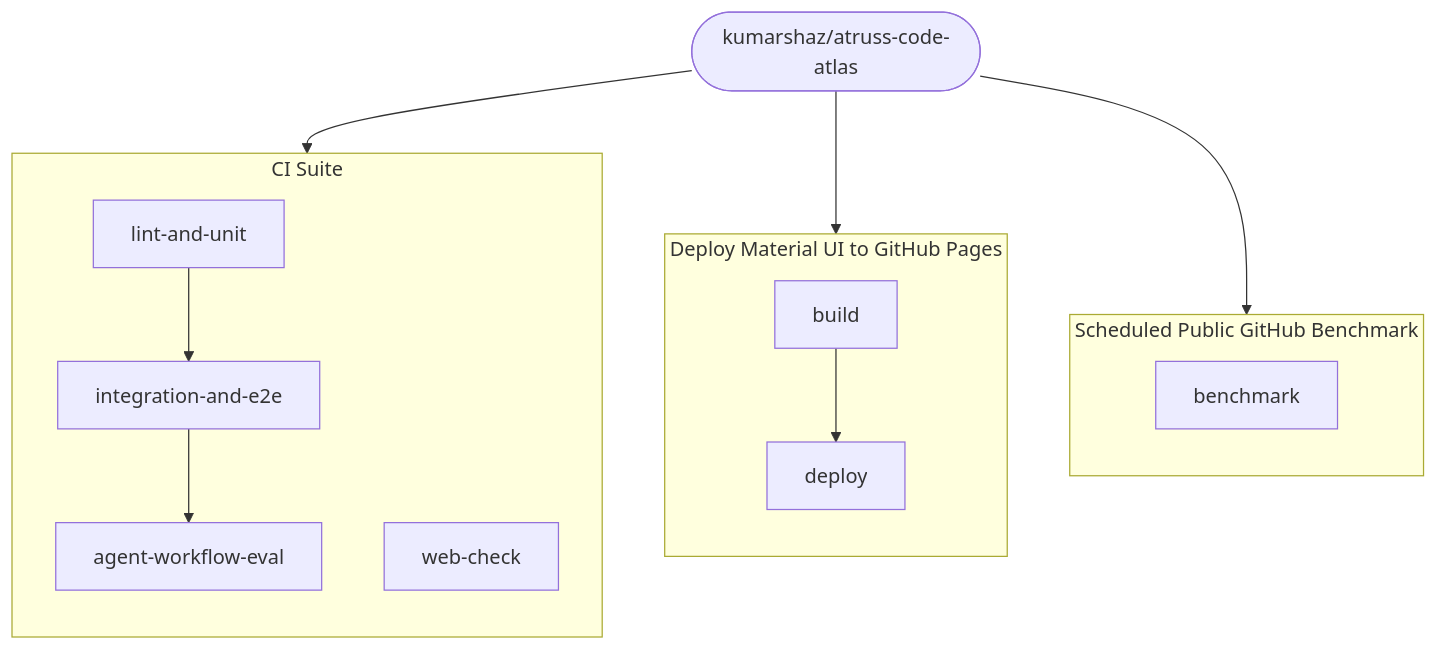
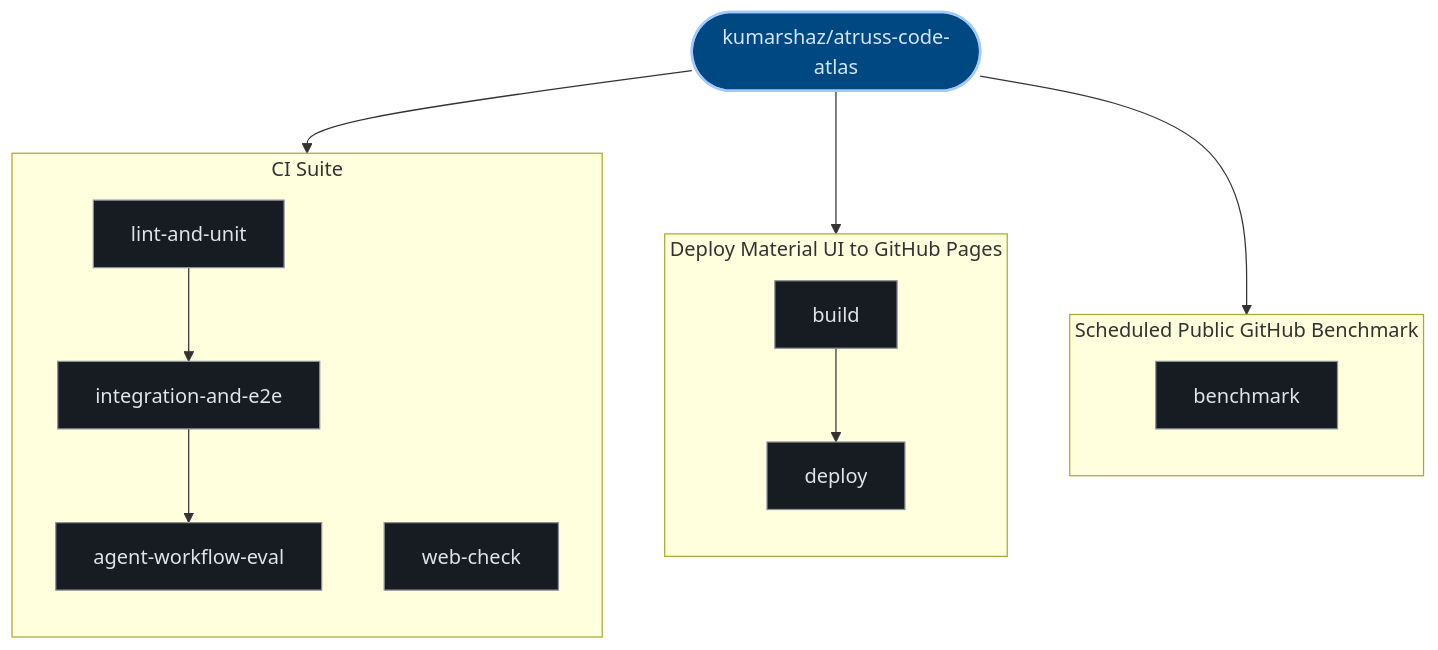
One commit to kumarshaz/atruss-code-atlas changed the third of 3 diagrams in exports/latest/reports/kumarshaz-atruss-code-atlas-report.md. Above: the diagram before and after it, drawn with Mermaid. The commit also changed other lines of this file and 331 other files, not shown here.

Commit message:
docs,ui,fix: update SDLC docs, reorder CI/CD DAG first, stylize Mermaid, and fix Arc42 pipeline topology

````diff
--- a/exports/latest/reports/kumarshaz-atruss-code-atlas-report.md
+++ b/exports/latest/reports/kumarshaz-atruss-code-atlas-report.md
@@ -184,26 +195,33 @@
 ```mermaid
 graph TD;
-  pipeline_root(["kumarshaz/atruss-code-atlas"])
+  classDef atlasRoot fill:#004882,stroke:#a3c9ff,stroke-width:2px,color:#d3e4ff
+  classDef atlasCategory fill:#212428,stroke:#E87A48,stroke-width:1.5px,color:#dfe3eb
+  classDef atlasWorkflow fill:#1b2026,stroke:#a3c9ff,stroke-width:1.5px,color:#dfe3eb
+  classDef atlasJob fill:#171c22,stroke:#8d9199,stroke-width:1px,color:#dfe3eb
+  classDef atlasTarget fill:#005227,stroke:#8bd99b,stroke-width:1.5px,color:#a7f6b6
+  classDef atlasAlert fill:#93000a,stroke:#ffb4ab,stroke-width:1.5px,color:#ffdad6
+  classDef atlasMore fill:#252a31,stroke:#8d9199,stroke-dasharray:4 4,color:#c3c6cf
+  pipeline_root(["kumarshaz/atruss-code-atlas"]):::atlasRoot
   subgraph Scheduled_Public_GitHub_Benchmark_0["Scheduled Public GitHub Benchmark"]
     direction TB
-    0_benchmark["benchmark"]
+    0_benchmark["benchmark"]:::atlasJob
   end
   pipeline_root --> 0_benchmark
   subgraph Deploy_Material_UI_to_GitHub_Pages_1["Deploy Material UI to GitHub Pages"]
     direction TB
-    1_build["build"]
-    1_deploy["deploy"]
+    1_build["build"]:::atlasJob
+    1_deploy["deploy"]:::atlasJob
     1_build --> 1_deploy
   end
   pipeline_root --> 1_build
   subgraph CI_Suite_2["CI Suite"]
     direction TB
-    2_lint_and_unit["lint-and-unit"]
-    2_web_check["web-check"]
-    2_integration_and_e2e["integration-and-e2e"]
+    2_lint_and_unit["lint-and-unit"]:::atlasJob
+    2_web_check["web-check"]:::atlasJob
+    2_integration_and_e2e["integration-and-e2e"]:::atlasJob
     2_lint_and_unit --> 2_integration_and_e2e
-    2_agent_workflow_eval["agent-workflow-eval"]
+    2_agent_workflow_eval["agent-workflow-eval"]:::atlasJob
     2_integration_and_e2e --> 2_agent_workflow_eval
   end
   pipeline_root --> 2_lint_and_unit
 ```
````
